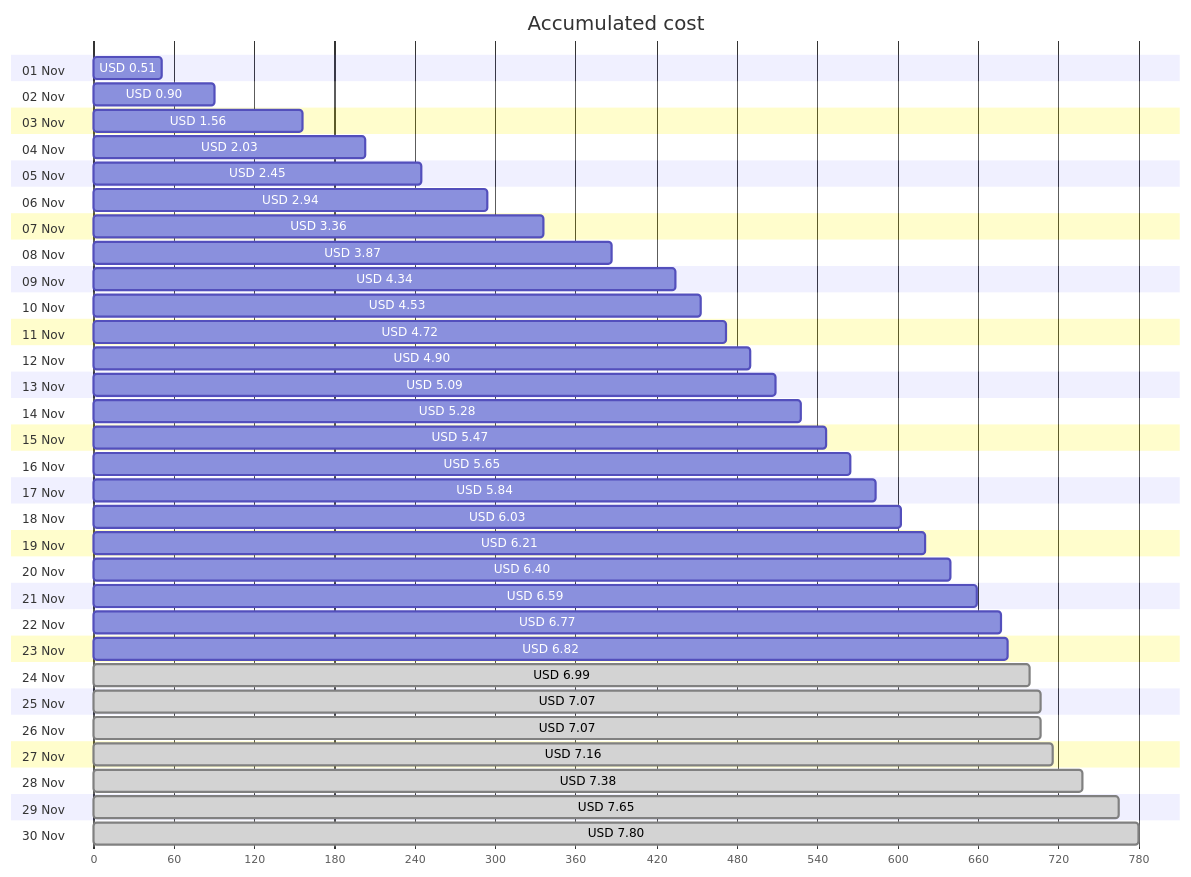
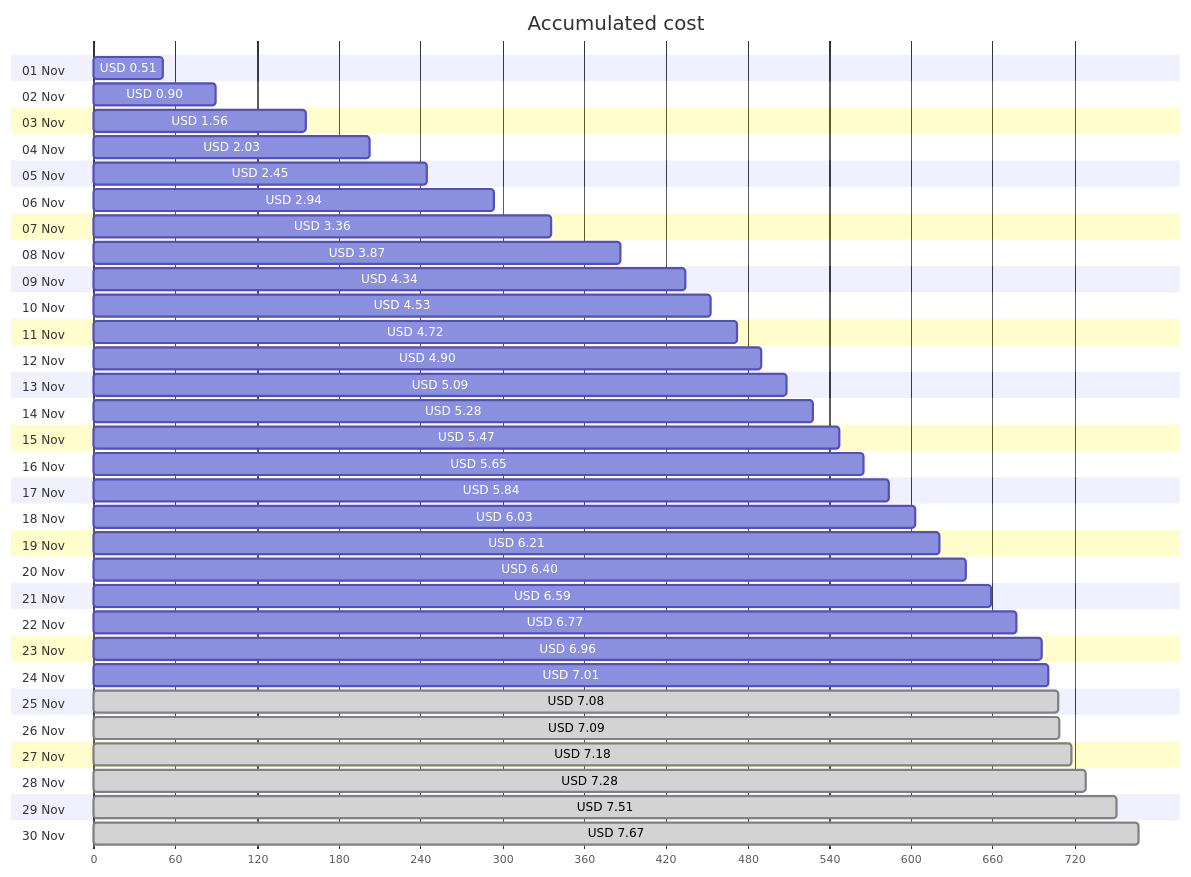
Before and after one commit to jpfulton/azure-personal-reports: the first of 4 diagrams in cost-reports/personal-network/vpn-server.md, drawn with Mermaid. The commit also changed other lines of this file and 8 other files, not shown here.

````diff
--- a/cost-reports/personal-network/vpn-server.md
+++ b/cost-reports/personal-network/vpn-server.md
@@ -20,66 +20,66 @@
 ```mermaid
 gantt
    title Accumulated cost
    dateFormat  X
    axisFormat %s
    section 01 Nov
    USD 0.51 :0, 51
    section 02 Nov
    USD 0.90 :0, 90
    section 03 Nov
    USD 1.56 :0, 156
    section 04 Nov
    USD 2.03 :0, 203
    section 05 Nov
    USD 2.45 :0, 245
    section 06 Nov
    USD 2.94 :0, 294
    section 07 Nov
    USD 3.36 :0, 336
    section 08 Nov
    USD 3.87 :0, 387
    section 09 Nov
    USD 4.34 :0, 434
    section 10 Nov
    USD 4.53 :0, 453
    section 11 Nov
    USD 4.72 :0, 472
    section 12 Nov
    USD 4.90 :0, 490
    section 13 Nov
    USD 5.09 :0, 509
    section 14 Nov
    USD 5.28 :0, 528
    section 15 Nov
    USD 5.47 :0, 547
    section 16 Nov
    USD 5.65 :0, 565
    section 17 Nov
    USD 5.84 :0, 584
    section 18 Nov
    USD 6.03 :0, 603
    section 19 Nov
    USD 6.21 :0, 621
    section 20 Nov
    USD 6.40 :0, 640
    section 21 Nov
    USD 6.59 :0, 659
    section 22 Nov
    USD 6.77 :0, 677
    section 23 Nov
-   USD 6.82 :0, 682
+   USD 6.96 :0, 696
    section 24 Nov
-   USD 6.99 : done, 0, 699
+   USD 7.01 :0, 701
    section 25 Nov
-   USD 7.07 : done, 0, 707
+   USD 7.08 : done, 0, 708
    section 26 Nov
-   USD 7.07 : done, 0, 707
+   USD 7.09 : done, 0, 709
    section 27 Nov
-   USD 7.16 : done, 0, 716
+   USD 7.18 : done, 0, 718
    section 28 Nov
-   USD 7.38 : done, 0, 738
+   USD 7.28 : done, 0, 728
    section 29 Nov
-   USD 7.65 : done, 0, 765
+   USD 7.51 : done, 0, 751
    section 30 Nov
-   USD 7.80 : done, 0, 780
+   USD 7.67 : done, 0, 767
 ```
````
